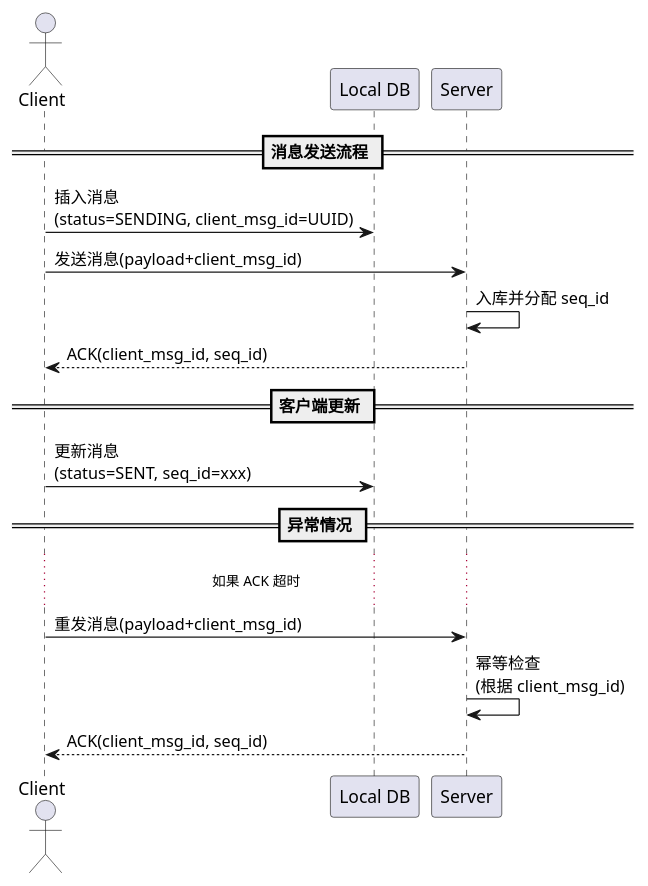
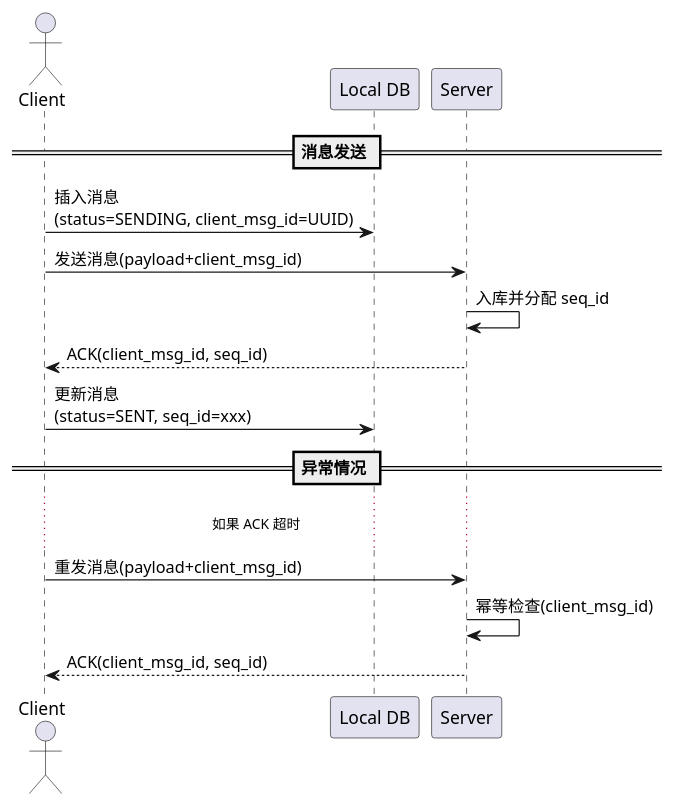
The diagram in doc/消息发送与确认QOS+ACK.puml (pengpengno/Group-IM), drawn with PlantUML before and after one commit. The commit also changed 11 other files, not shown here.

```diff
--- a/doc/消息发送与确认QOS+ACK.puml
+++ b/doc/消息发送与确认QOS+ACK.puml
@@ -1,21 +1,18 @@
 @startuml
 actor Client
 participant "Local DB" as DB
 participant Server
 
-== 消息发送流程 ==
+== 消息发送 ==
 Client -> DB : 插入消息\n(status=SENDING, client_msg_id=UUID)
 Client -> Server : 发送消息(payload+client_msg_id)
 Server -> Server : 入库并分配 seq_id
 Server --> Client : ACK(client_msg_id, seq_id)
-
-== 客户端更新 ==
 Client -> DB : 更新消息\n(status=SENT, seq_id=xxx)
 
 == 异常情况 ==
 ... 如果 ACK 超时 ...
 Client -> Server : 重发消息(payload+client_msg_id)
-Server -> Server : 幂等检查\n(根据 client_msg_id)
+Server -> Server : 幂等检查(client_msg_id)
 Server --> Client : ACK(client_msg_id, seq_id)
-
 @enduml
```
